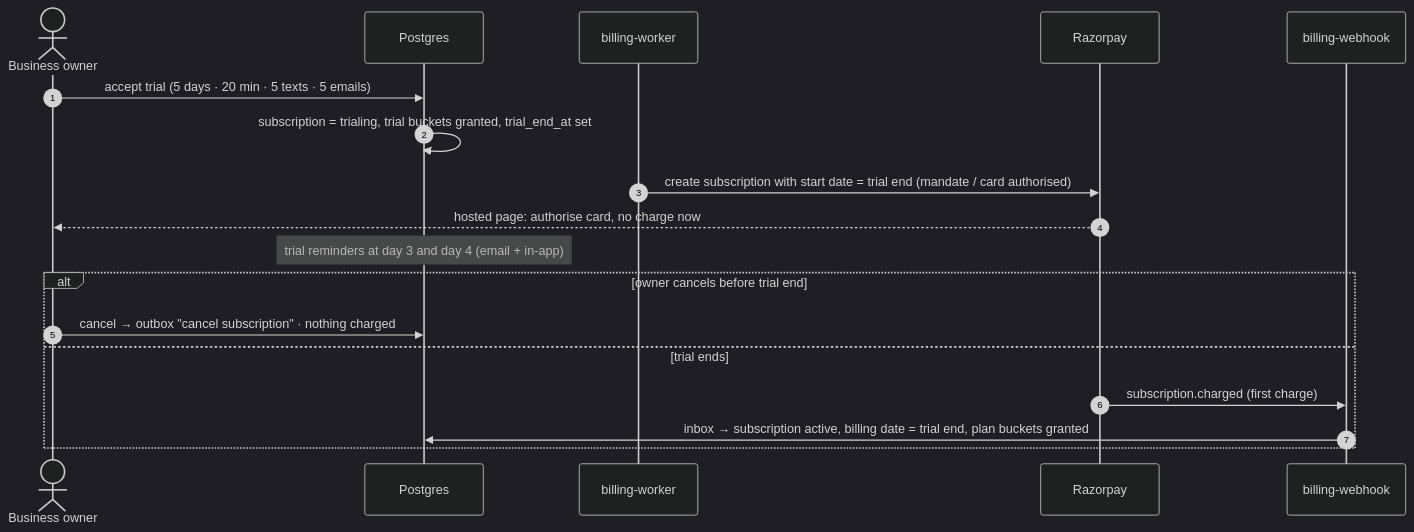
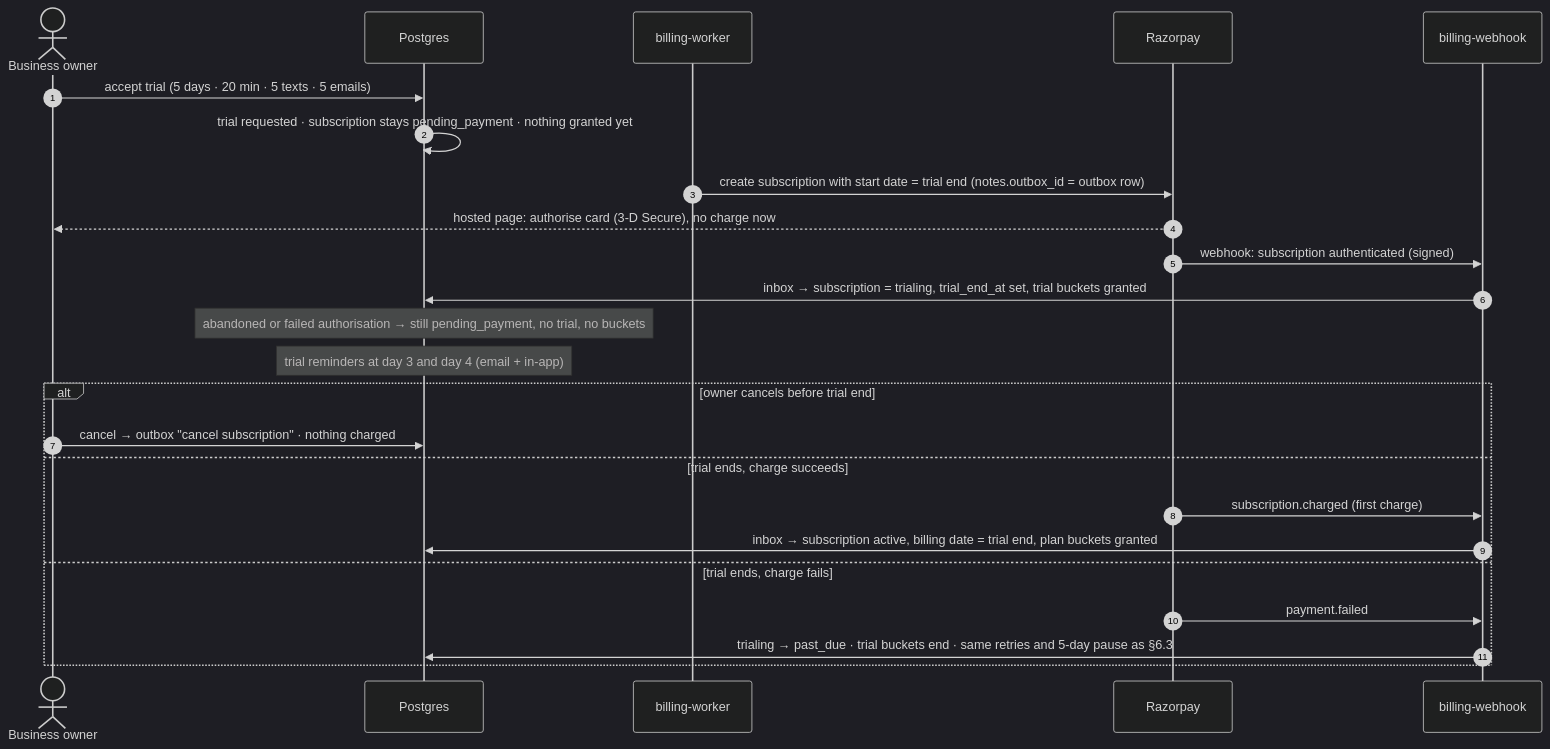
The fifth of 16 diagrams in docs/PAYMENTS_ARCHITECTURE.md (singhdhruv525-source/Zella-AI), drawn with Mermaid (dark theme) before and after one commit. The commit also changed other lines of this file and 1 other file, not shown here.

````diff
--- a/docs/PAYMENTS_ARCHITECTURE.md
+++ b/docs/PAYMENTS_ARCHITECTURE.md
@@ -212,21 +213,27 @@
 ```mermaid
 sequenceDiagram
   autonumber
   actor BO as Business owner
   participant DB as Postgres
   participant WK as billing-worker
   participant RZ as Razorpay
   participant WH as billing-webhook
 
   BO->>DB: accept trial (5 days · 20 min · 5 texts · 5 emails)
-  DB->>DB: subscription = trialing, trial buckets granted, trial_end_at set
-  WK->>RZ: create subscription with start date = trial end (mandate / card authorised)
-  RZ-->>BO: hosted page: authorise card, no charge now
+  DB->>DB: trial requested · subscription stays pending_payment · nothing granted yet
+  WK->>RZ: create subscription with start date = trial end (notes.outbox_id = outbox row)
+  RZ-->>BO: hosted page: authorise card (3-D Secure), no charge now
+  RZ->>WH: webhook: subscription authenticated (signed)
+  WH->>DB: inbox → subscription = trialing, trial_end_at set, trial buckets granted
+  Note over DB: abandoned or failed authorisation → still pending_payment, no trial, no buckets
   Note over DB: trial reminders at day 3 and day 4 (email + in-app)
   alt owner cancels before trial end
     BO->>DB: cancel → outbox "cancel subscription" · nothing charged
-  else trial ends
+  else trial ends, charge succeeds
     RZ->>WH: subscription.charged (first charge)
     WH->>DB: inbox → subscription active, billing date = trial end, plan buckets granted
+  else trial ends, charge fails
+    RZ->>WH: payment.failed
+    WH->>DB: trialing → past_due · trial buckets end · same retries and 5-day pause as §6.3
   end
 ```
````
